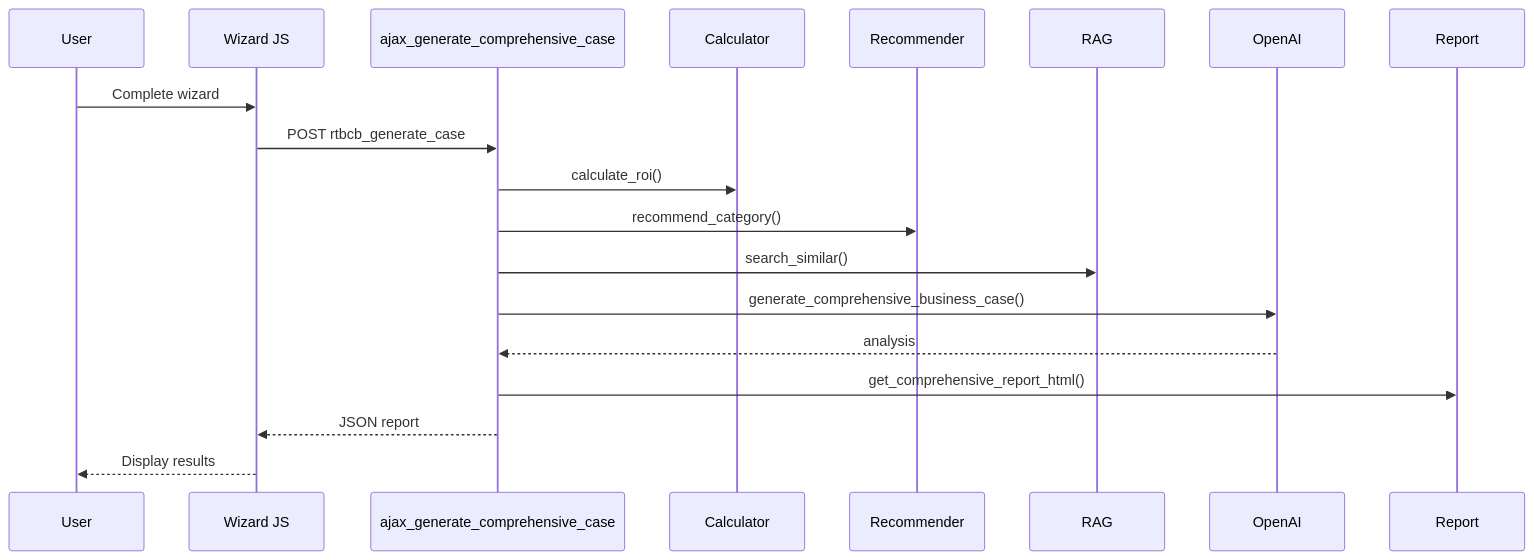
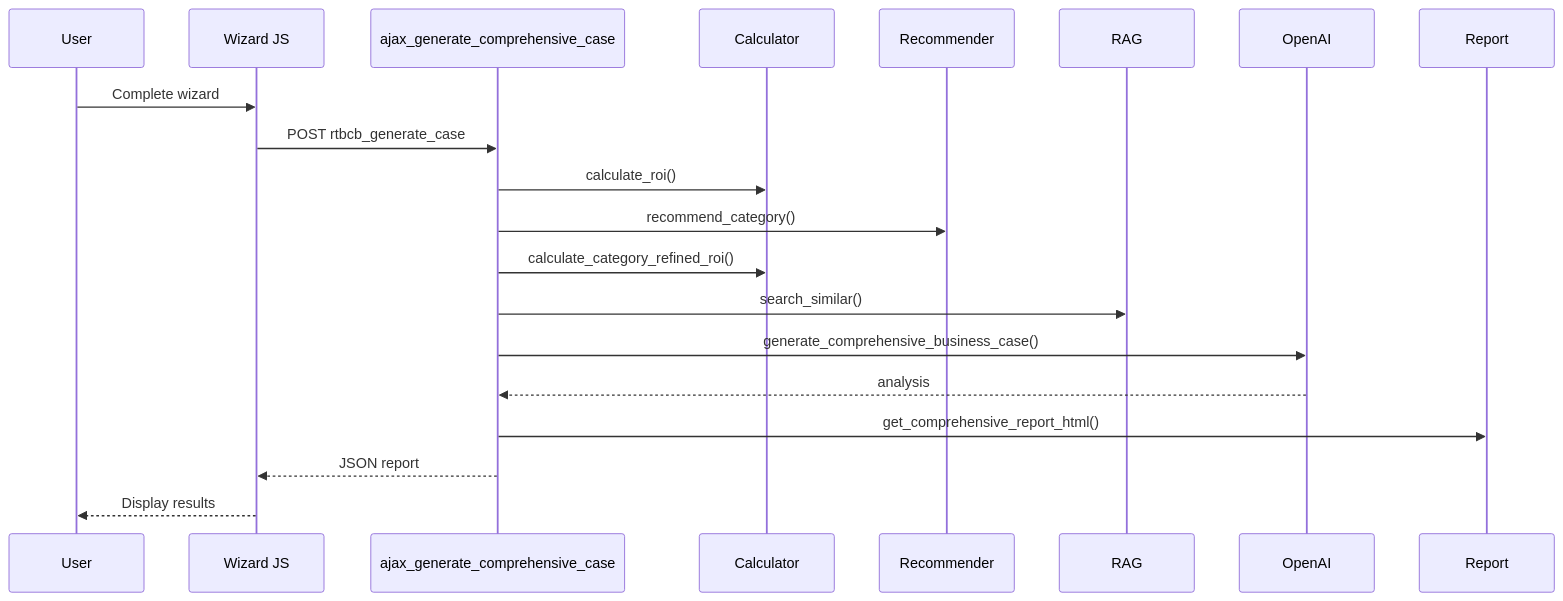
The diagram in docs/WIZARD_FORM_API_FLOW.md (RealTreasury/business-case-builder), drawn with Mermaid before and after one commit. The commit also changed other lines of this file and 5 other files, not shown here.

Commit message:
Refine ROI with category-based recalculation

````diff
--- a/docs/WIZARD_FORM_API_FLOW.md
+++ b/docs/WIZARD_FORM_API_FLOW.md
@@ -44,22 +44,23 @@
 ```mermaid
 sequenceDiagram
     participant U as User
     participant JS as Wizard JS
     participant WP as ajax_generate_comprehensive_case
     participant ROI as Calculator
     participant Cat as Recommender
     participant RAG as RAG
     participant LLM as OpenAI
     participant HTML as Report
 
     U->>JS: Complete wizard
     JS->>WP: POST rtbcb_generate_case
     WP->>ROI: calculate_roi()
     WP->>Cat: recommend_category()
+    WP->>ROI: calculate_category_refined_roi()
     WP->>RAG: search_similar()
     WP->>LLM: generate_comprehensive_business_case()
     LLM-->>WP: analysis
     WP->>HTML: get_comprehensive_report_html()
     WP-->>JS: JSON report
     JS-->>U: Display results
 ```
````
